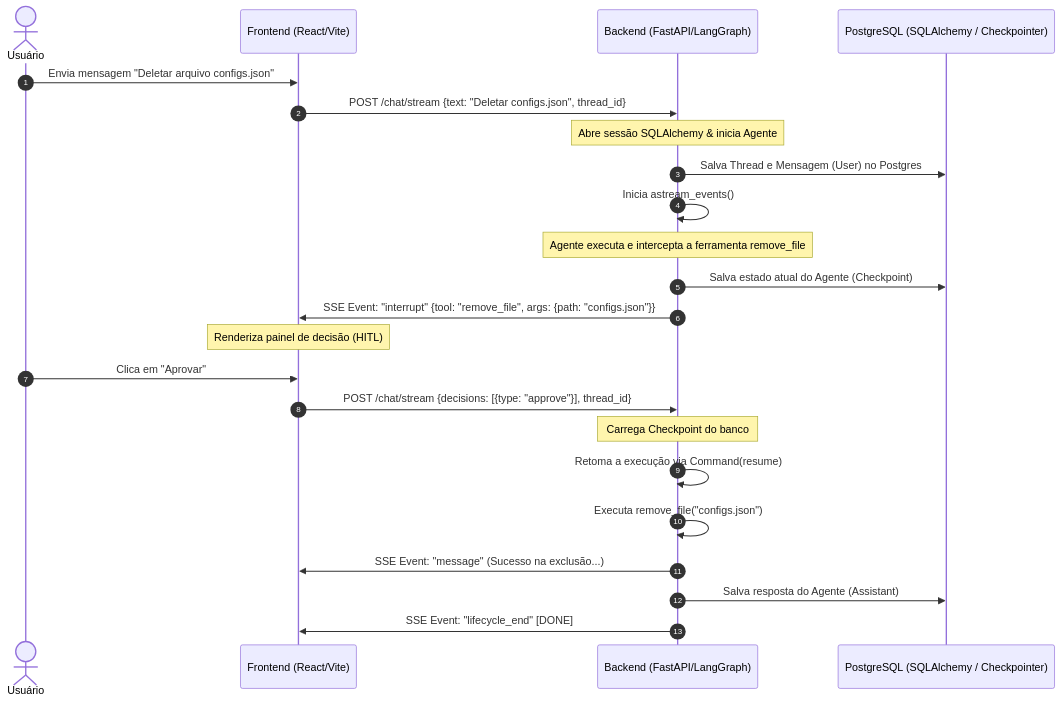
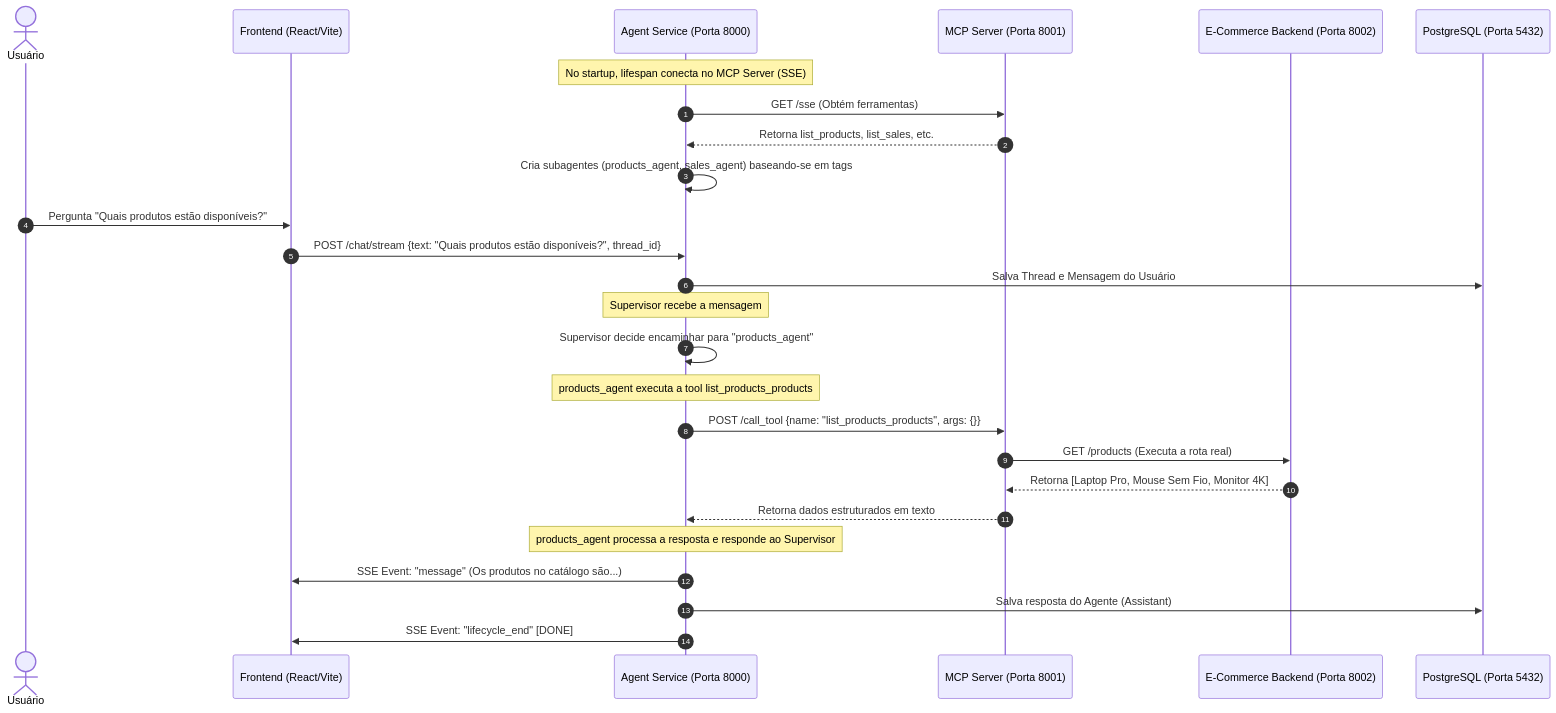
The diagram in docs/architecture.md (gilsonrusso/agent-chat-sse-fastapi-01), drawn with Mermaid before and after one commit. The commit also changed other lines of this file and 30 other files, not shown here.

Commit message:
feat: integrate MCP support, modularize backend services, and update architecture for multi-agent orchestration

````diff
--- a/docs/architecture.md
+++ b/docs/architecture.md
@@ -11,26 +45,33 @@
 ```mermaid
 sequenceDiagram
     autonumber
     actor User as Usuário
     participant FE as Frontend (React/Vite)
-    participant BE as Backend (FastAPI/LangGraph)
-    participant DB as PostgreSQL (SQLAlchemy / Checkpointer)
+    participant BE as Agent Service (Porta 8000)
+    participant MCP as MCP Server (Porta 8001)
+    participant Ecom as E-Commerce Backend (Porta 8002)
+    participant DB as PostgreSQL (Porta 5432)
     
-    User->>FE: Envia mensagem "Deletar arquivo configs.json"
-    FE->>BE: POST /chat/stream {text: "Deletar configs.json", thread_id}
-    Note over BE: Abre sessão SQLAlchemy & inicia Agente
-    BE->>DB: Salva Thread e Mensagem (User) no Postgres
-    BE->>BE: Inicia astream_events()
-    Note over BE: Agente executa e intercepta a ferramenta remove_file
-    BE->>DB: Salva estado atual do Agente (Checkpoint)
-    BE->>FE: SSE Event: "interrupt" {tool: "remove_file", args: {path: "configs.json"}}
-    Note over FE: Renderiza painel de decisão (HITL)
-    User->>FE: Clica em "Aprovar"
-    FE->>BE: POST /chat/stream {decisions: [{type: "approve"}], thread_id}
-    Note over BE: Carrega Checkpoint do banco
-    BE->>BE: Retoma a execução via Command(resume)
-    BE->>BE: Executa remove_file("configs.json")
-    BE->>FE: SSE Event: "message" (Sucesso na exclusão...)
+    Note over BE: No startup, lifespan conecta no MCP Server (SSE)
+    BE->>MCP: GET /sse (Obtém ferramentas)
+    MCP-->>BE: Retorna list_products, list_sales, etc.
+    BE->>BE: Cria subagentes (products_agent, sales_agent) baseando-se em tags
+    
+    User->>FE: Pergunta "Quais produtos estão disponíveis?"
+    FE->>BE: POST /chat/stream {text: "Quais produtos estão disponíveis?", thread_id}
+    BE->>DB: Salva Thread e Mensagem do Usuário
+    
+    Note over BE: Supervisor recebe a mensagem
+    BE->>BE: Supervisor decide encaminhar para "products_agent"
+    
+    Note over BE: products_agent executa a tool list_products_products
+    BE->>MCP: POST /call_tool {name: "list_products_products", args: {}}
+    MCP->>Ecom: GET /products (Executa a rota real)
+    Ecom-->>MCP: Retorna [Laptop Pro, Mouse Sem Fio, Monitor 4K]
+    MCP-->>BE: Retorna dados estruturados em texto
+    
+    Note over BE: products_agent processa a resposta e responde ao Supervisor
+    BE->>FE: SSE Event: "message" (Os produtos no catálogo são...)
     BE->>DB: Salva resposta do Agente (Assistant)
     BE->>FE: SSE Event: "lifecycle_end" [DONE]
 ```
````
